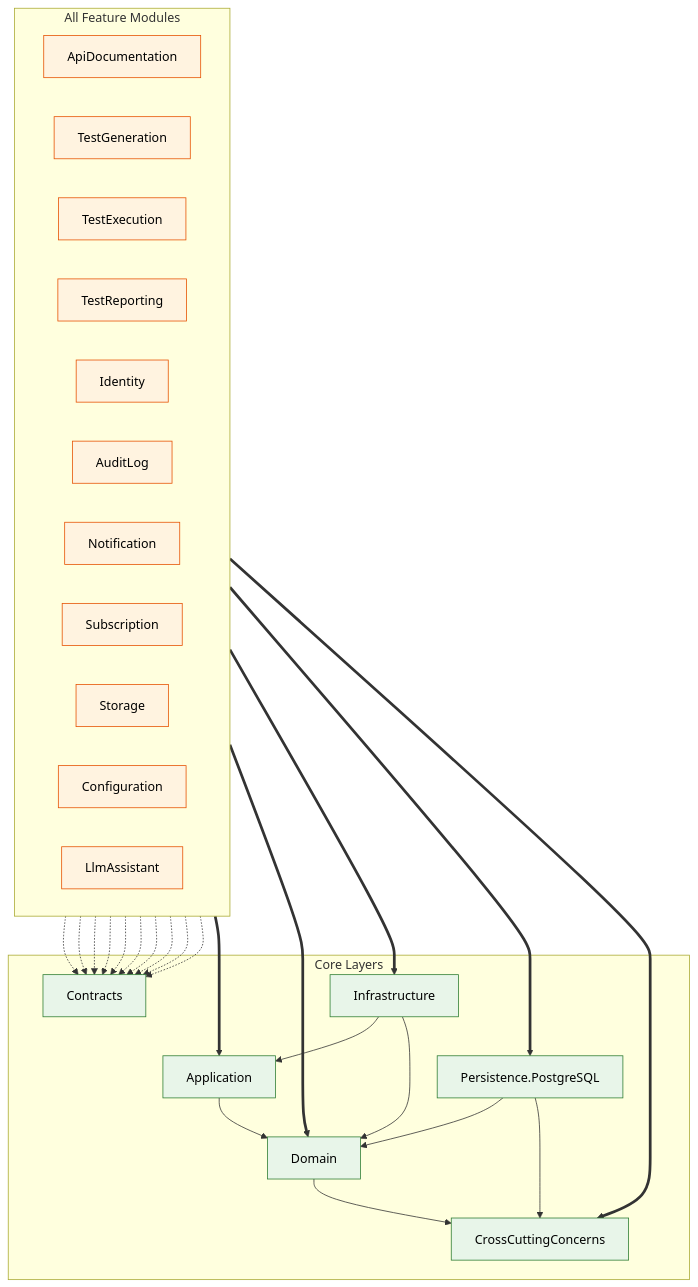
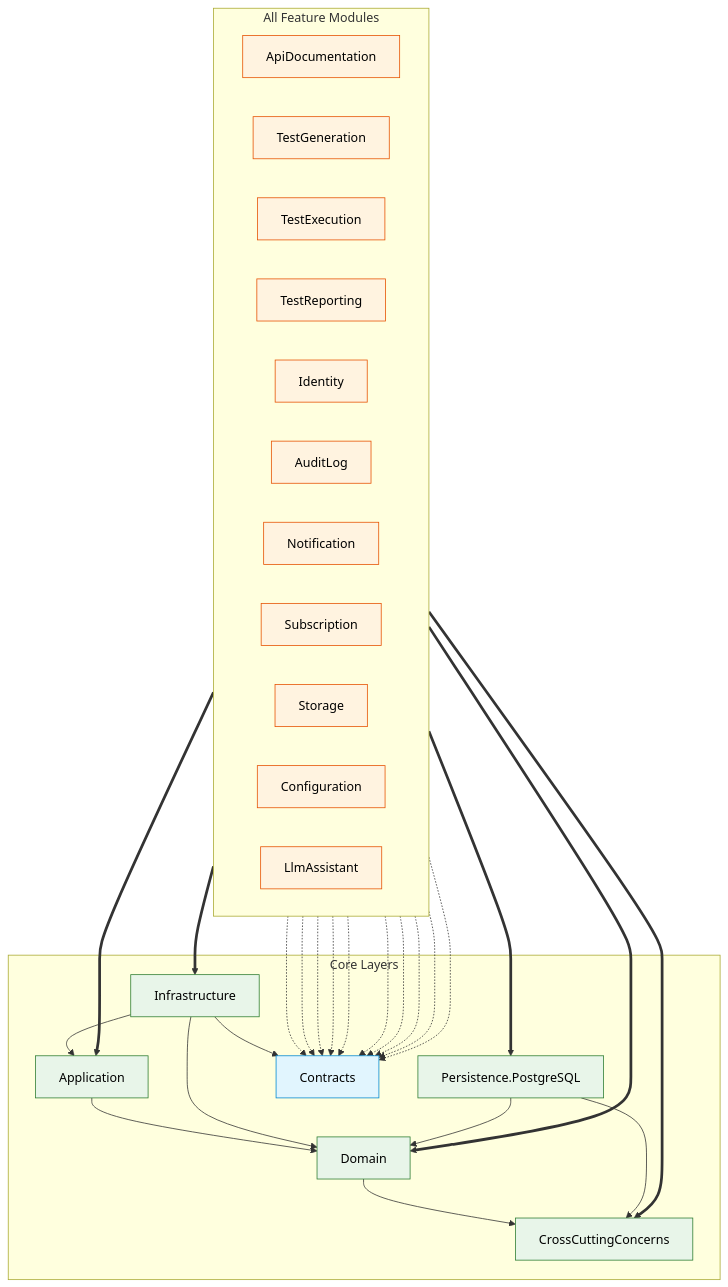
Before and after one commit to tinse-22/GSP26SE43.ModularMonolith: the fourth of 5 diagrams in docs/architecture/UML_PACKAGE_DIAGRAM_SOURCE.md, drawn with Mermaid. The commit also changed other lines of this file and 1 other file, not shown here.

Commit message:
docs: redraw package diagrams in Mermaid

````diff
--- a/docs/architecture/UML_PACKAGE_DIAGRAM_SOURCE.md
+++ b/docs/architecture/UML_PACKAGE_DIAGRAM_SOURCE.md
@@ -433,60 +300,59 @@
 ```mermaid
 flowchart TB
     subgraph Modules["All Feature Modules"]
         direction LR
         ApiDoc["ApiDocumentation"]
         TestGen["TestGeneration"]
         TestExec["TestExecution"]
         TestRep["TestReporting"]
-        Identity
-        AuditLog
-        Notification
-        Subscription
-        Storage
-        Configuration
-        LlmAssistant
+        Identity["Identity"]
+        AuditLog["AuditLog"]
+        Notification["Notification"]
+        Subscription["Subscription"]
+        Storage["Storage"]
+        Configuration["Configuration"]
+        LlmAssistant["LlmAssistant"]
     end
 
     subgraph Core["Core Layers"]
-        Application
-        Domain
-        Infrastructure
+        Application["Application"]
+        Domain["Domain"]
+        Infrastructure["Infrastructure"]
         Postgres["Persistence.PostgreSQL"]
         CCC["CrossCuttingConcerns"]
-        Contracts
+        Contracts["Contracts"]
     end
 
-    %% All modules depend on the same 5 core layers via project reference
-    %% Represented as thick edges from Modules subgraph
     Modules ==> Application
     Modules ==> Domain
     Modules ==> Infrastructure
     Modules ==> Postgres
     Modules ==> CCC
 
-    %% Module to Contracts - all except Configuration
     ApiDoc -.-> Contracts
     TestGen -.-> Contracts
     TestExec -.-> Contracts
     TestRep -.-> Contracts
     Identity -.-> Contracts
     AuditLog -.-> Contracts
     Notification -.-> Contracts
     Subscription -.-> Contracts
     Storage -.-> Contracts
     LlmAssistant -.-> Contracts
 
-    %% Core internal layering
     Application --> Domain
     Domain --> CCC
     Infrastructure --> Application
+    Infrastructure --> Contracts
     Infrastructure --> Domain
     Postgres --> Domain
     Postgres --> CCC
 
     classDef module fill:#FFF3E0,stroke:#E65100,color:#000
     classDef core fill:#E8F5E9,stroke:#2E7D32,color:#000
+    classDef contract fill:#E1F5FE,stroke:#0288D1,color:#000
 
     class ApiDoc,TestGen,TestExec,TestRep,Identity,AuditLog,Notification,Subscription,Storage,Configuration,LlmAssistant module
-    class Application,Domain,Infrastructure,Postgres,CCC,Contracts core
+    class Application,Domain,Infrastructure,Postgres,CCC core
+    class Contracts contract
 ```
````
